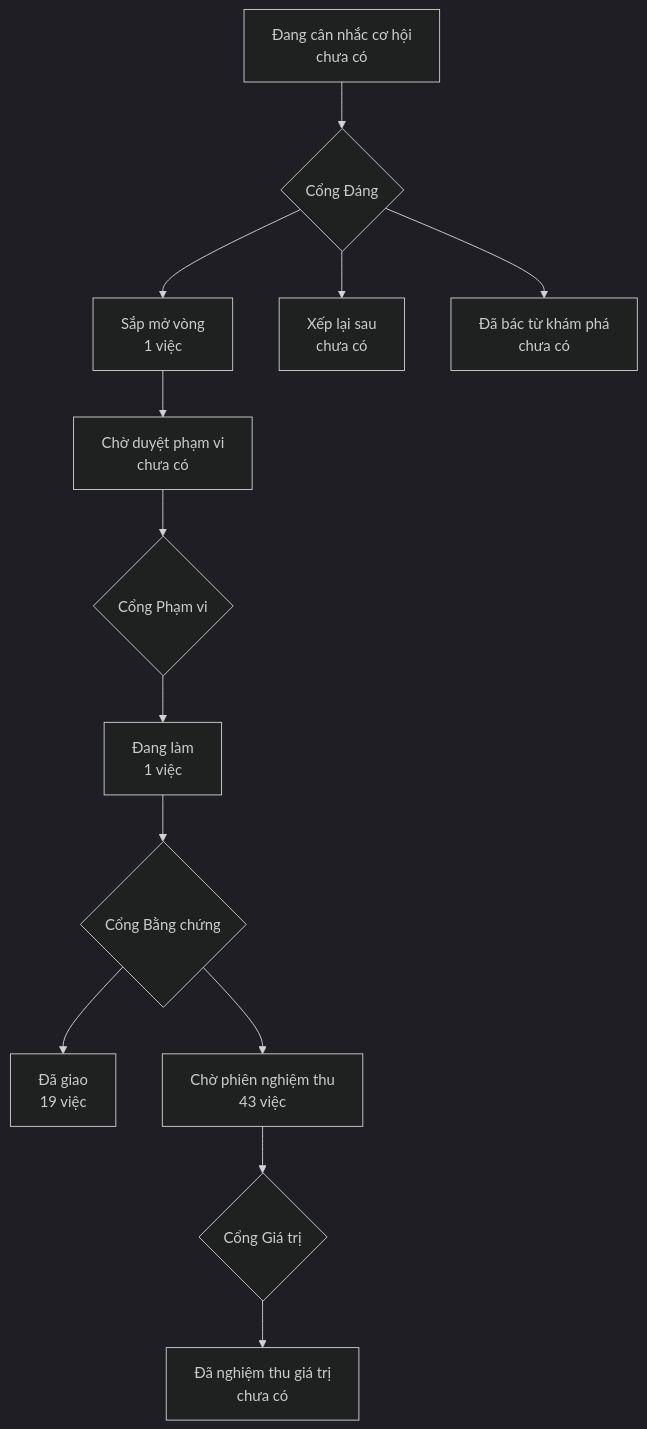
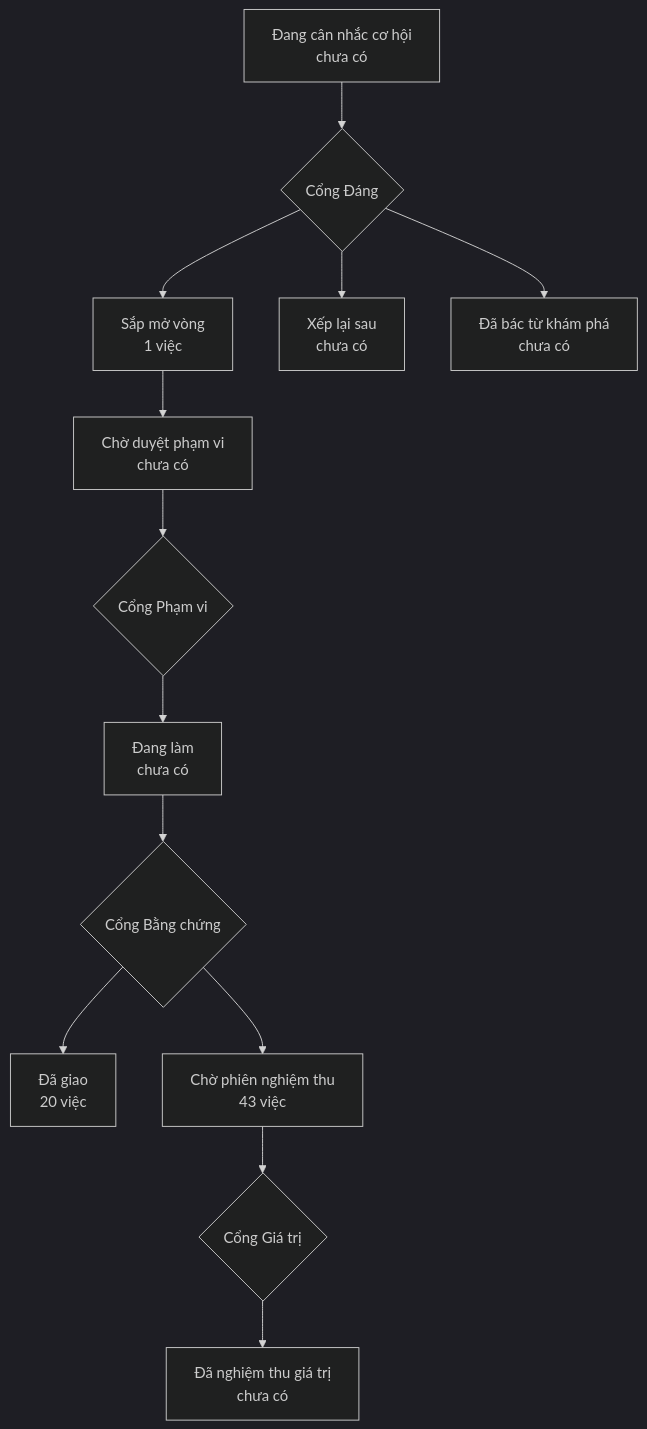
The diagram in PRODUCT-MAP.md (phanlemanh/onehub-quy-hang), drawn with Mermaid (dark theme) before and after one commit. The commit also changed other lines of this file and 2 other files, not shown here.

Commit message:
chore(va-ma-can-lead): máy thông — bằng chứng xanh sạch, cửa veto mở

````diff
--- a/PRODUCT-MAP.md
+++ b/PRODUCT-MAP.md
@@ -7,12 +7,12 @@
 ```mermaid
 flowchart TD
   A["Đang cân nhắc cơ hội<br/>chưa có"] --> GD{"Cổng Đáng"}
   GD --> B["Sắp mở vòng<br/>1 việc"]
   GD --> XL["Xếp lại sau<br/>chưa có"]
   GD --> DB["Đã bác từ khám phá<br/>chưa có"]
   B --> CD["Chờ duyệt phạm vi<br/>chưa có"] --> GP{"Cổng Phạm vi"}
-  GP --> DL["Đang làm<br/>1 việc"] --> GB{"Cổng Bằng chứng"}
-  GB --> DG["Đã giao<br/>19 việc"]
+  GP --> DL["Đang làm<br/>chưa có"] --> GB{"Cổng Bằng chứng"}
+  GB --> DG["Đã giao<br/>20 việc"]
   GB --> CN["Chờ phiên nghiệm thu<br/>43 việc"] --> GG{"Cổng Giá trị"}
   GG --> NT["Đã nghiệm thu giá trị<br/>chưa có"]
 ```
````
